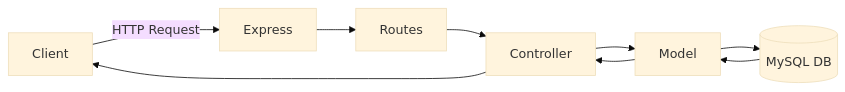
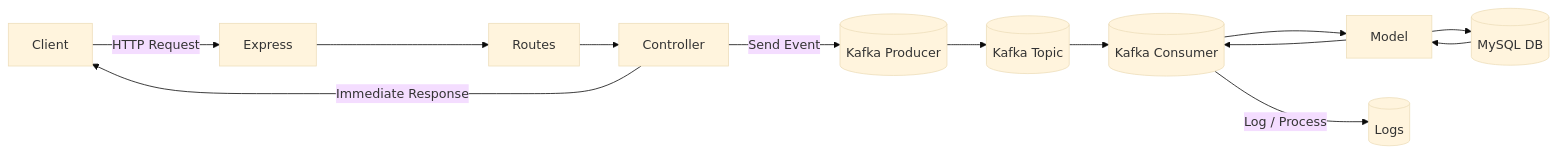
One commit to abhis-10/Event-Driven-Order-Processing-System changed the first of 4 diagrams in README.md. Above: the diagram before and after it, drawn with Mermaid (base theme). The commit also changed other lines of this file, not shown here.

First line of the commit message:
Refactor README for better structure and clarity about kafka and docker

````diff
--- a/README.md
+++ b/README.md
@@ -44,11 +44,20 @@
 ```mermaid
 flowchart LR
     Client -->|HTTP Request| Express
     Express --> Routes
     Routes --> Controller
-    Controller --> Model
+
+    Controller -->|Send Event| KafkaProducer[(Kafka Producer)]
+    KafkaProducer --> KafkaTopic[(Kafka Topic)]
+
+    KafkaTopic --> KafkaConsumer[(Kafka Consumer)]
+    KafkaConsumer --> Model
     Model --> MySQL[(MySQL DB)]
+
     MySQL --> Model
-    Model --> Controller
-    Controller --> Client
+    Model --> KafkaConsumer
+    KafkaConsumer -->|Log / Process| Console[(Logs)]
+
+    Controller -->|Immediate Response| Client
+
 ```
````
